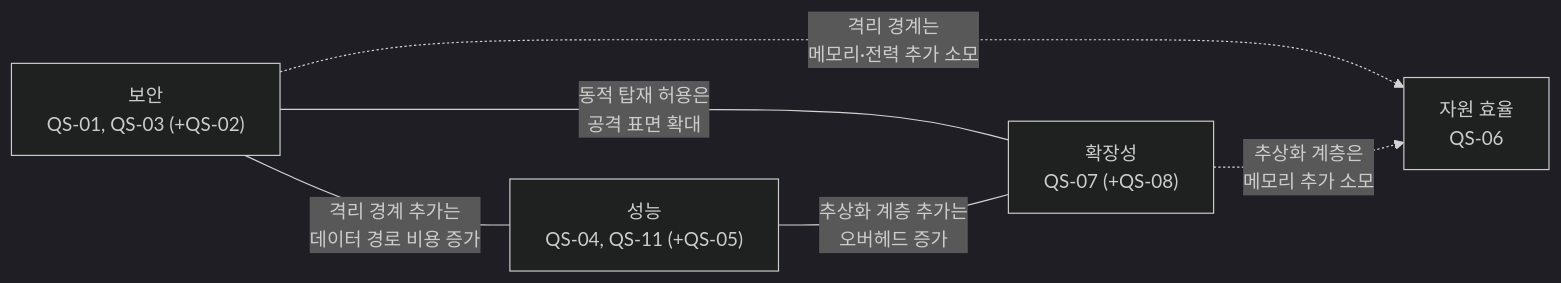
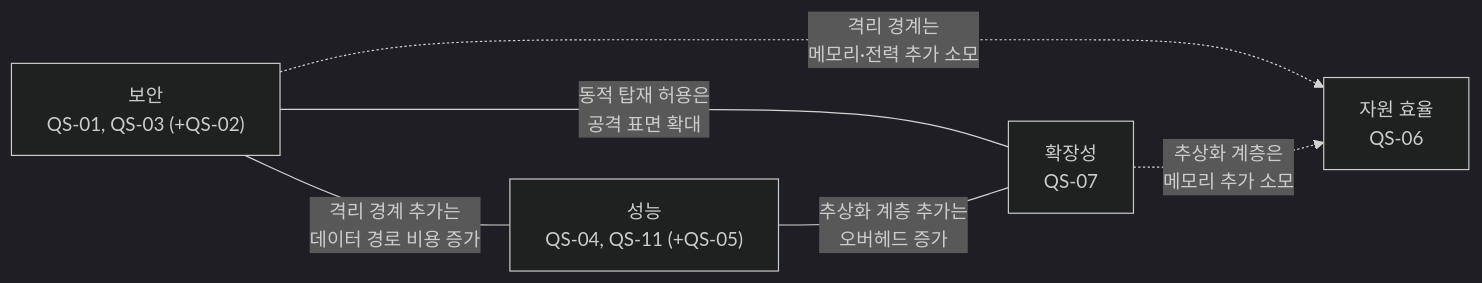
The diagram in docs/03_quality_attribute_workshop.md (boram1288/test-p), drawn with Mermaid (dark theme) before and after one commit. The commit also changed other lines of this file and 1 other file, not shown here.

````diff
--- a/docs/03_quality_attribute_workshop.md
+++ b/docs/03_quality_attribute_workshop.md
@@ -188,13 +188,13 @@
 ```mermaid
 flowchart LR
     SEC["보안<br/>QS-01, QS-03 (+QS-02)"]
     PERF["성능<br/>QS-04, QS-11 (+QS-05)"]
-    EXT["확장성<br/>QS-07 (+QS-08)"]
+    EXT["확장성<br/>QS-07"]
     RES["자원 효율<br/>QS-06"]
 
     SEC ---|"격리 경계 추가는<br/>데이터 경로 비용 증가"| PERF
     SEC ---|"동적 탑재 허용은<br/>공격 표면 확대"| EXT
     PERF ---|"추상화 계층 추가는<br/>오버헤드 증가"| EXT
     SEC -.->|"격리 경계는<br/>메모리·전력 추가 소모"| RES
     EXT -.->|"추상화 계층은<br/>메모리 추가 소모"| RES
 ```
````
